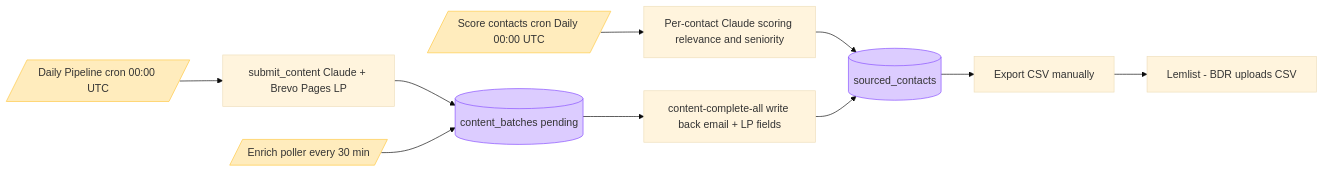
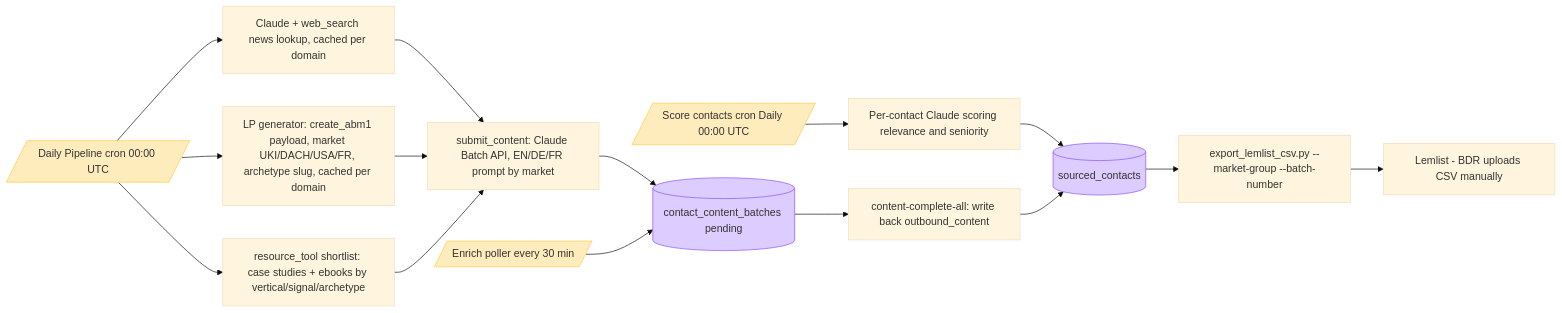
Before and after one commit to vikyvignesh16/Outbound-engine: the sixth of 8 diagrams in docs/architecture.md, drawn with Mermaid (base theme). The commit also changed other lines of this file and 2 other files, not shown here.

First line of the commit message:
docs: reconcile CLAUDE.md, SKILL.md, and architecture.md with actual system state

````diff
--- a/docs/architecture.md
+++ b/docs/architecture.md
@@ -264,29 +323,37 @@
 ```mermaid
 flowchart LR
     sc[(sourced_contacts)]
     scoreCron[/Score contacts cron Daily 00:00 UTC/]
     scoring[Per-contact Claude scoring relevance and seniority]
     daily2[/Daily Pipeline cron 00:00 UTC/]
-    contentSubmit[submit_content Claude + Brevo Pages LP]
-    contentBatches[(content_batches pending)]
+    news[Claude + web_search news lookup, cached per domain]
+    lpMint[LP generator: create_abm1 payload, market UKI/DACH/USA/FR, archetype slug, cached per domain]
+    resShort[resource_tool shortlist: case studies + ebooks by vertical/signal/archetype]
+    contentSubmit[submit_content: Claude Batch API, EN/DE/FR prompt by market]
+    contentBatches[(contact_content_batches pending)]
     enrichPoller[/Enrich poller every 30 min/]
-    contentComplete[content-complete-all write back email + LP fields]
-    csv[Export CSV manually]
-    lemlist[Lemlist - BDR uploads CSV]
+    contentComplete[content-complete-all: write back outbound_content]
+    csv[export_lemlist_csv.py --market-group --batch-number]
+    lemlist[Lemlist - BDR uploads CSV manually]
 
     scoreCron --> scoring
     scoring --> sc
-    daily2 --> contentSubmit
+    daily2 --> news
+    daily2 --> lpMint
+    daily2 --> resShort
+    news --> contentSubmit
+    lpMint --> contentSubmit
+    resShort --> contentSubmit
     contentSubmit --> contentBatches
     enrichPoller --> contentBatches
     contentBatches --> contentComplete
     contentComplete --> sc
     sc --> csv
     csv --> lemlist
 
     style scoreCron fill:#FFECBD,stroke:#FFC943
     style daily2 fill:#FFECBD,stroke:#FFC943
     style enrichPoller fill:#FFECBD,stroke:#FFC943
     style sc fill:#DCCCFF,stroke:#874FFF
     style contentBatches fill:#DCCCFF,stroke:#874FFF
 ```
````
